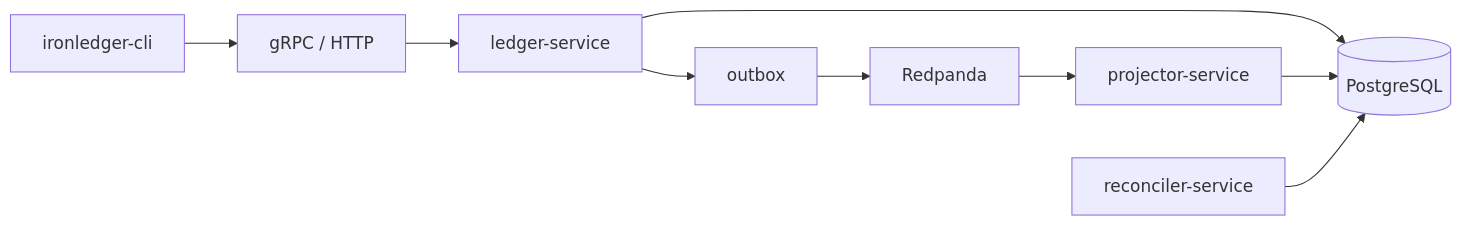
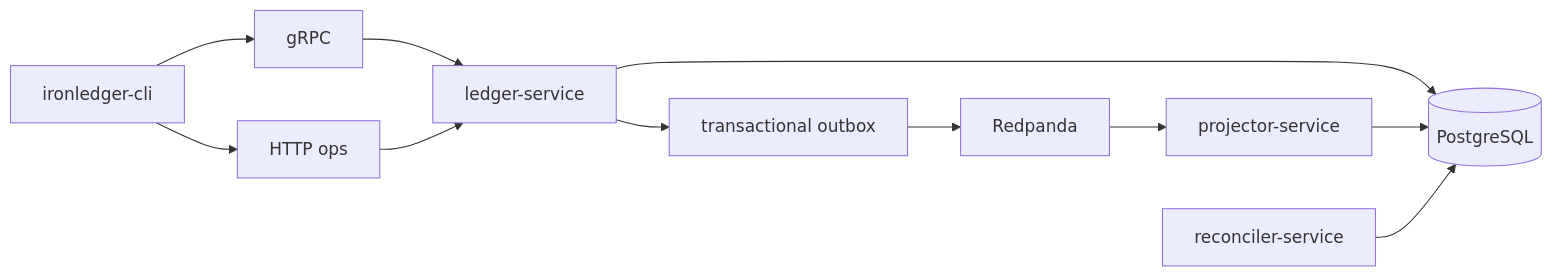
Before and after one commit to demis1997/IronLedger: the diagram in README.md, drawn with Mermaid. The commit also changed other lines of this file and 21 other files, not shown here.

````diff
--- a/README.md
+++ b/README.md
@@ -7,11 +25,13 @@
 ```mermaid
 flowchart LR
-  CLI[ironledger-cli] --> GRPC[gRPC / HTTP]
+  CLI[ironledger-cli] --> GRPC[gRPC]
+  CLI --> HTTP[HTTP ops]
   GRPC --> LS[ledger-service]
+  HTTP --> LS
   LS --> PG[(PostgreSQL)]
-  LS --> OB[outbox]
+  LS --> OB[transactional outbox]
   OB --> RP[Redpanda]
   RP --> PS[projector-service]
   PS --> PG
   RS[reconciler-service] --> PG
 ```
````
